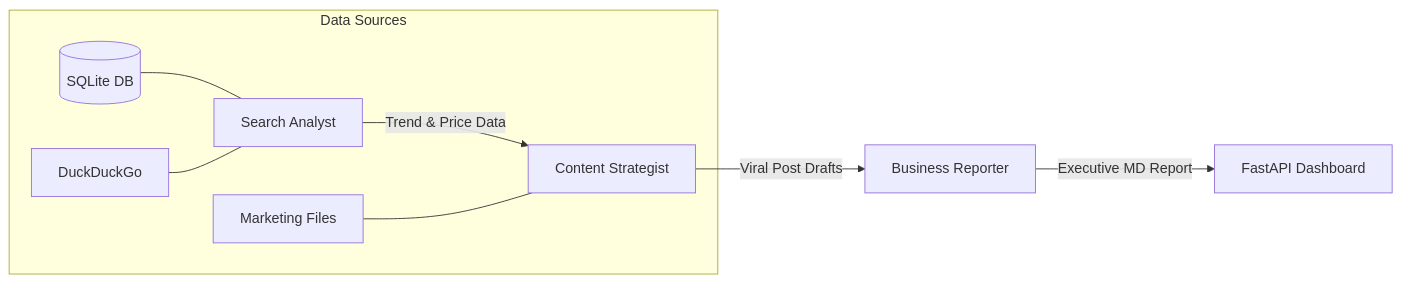
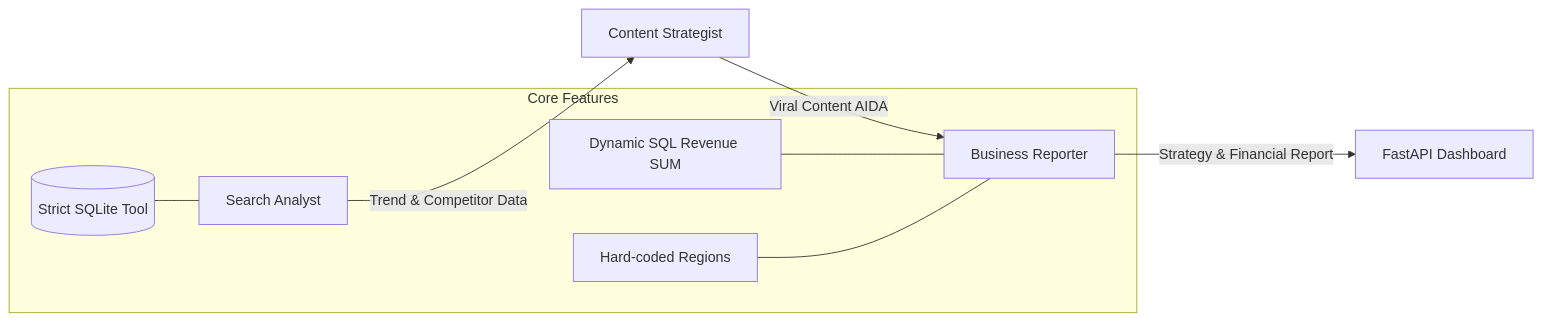
One commit to NgocTanHoang/AI-Agent-System-for-Marketing-and-Reporting-Automation changed the diagram in README.md. Above: the diagram before and after it, drawn with Mermaid. The commit also changed other lines of this file and 4 other files, not shown here.

````diff
--- a/README.md
+++ b/README.md
@@ -16,12 +37,12 @@
 ```mermaid
 graph LR
-    A[Search Analyst] -->|Trend & Price Data| B[Content Strategist]
-    B -->|Viral Post Drafts| C[Business Reporter]
-    C -->|Executive MD Report| D[FastAPI Dashboard]
+    A[Search Analyst] -->|Trend & Competitor Data| B[Content Strategist]
+    B -->|Viral Content AIDA| C[Business Reporter]
+    C -->|Strategy & Financial Report| D[FastAPI Dashboard]
     
-    subgraph Data Sources
-        E[(SQLite DB)] --- A
-        F[DuckDuckGo] --- A
-        G[Marketing Files] --- B
+    subgraph Core Features
+        E[(Strict SQLite Tool)] --- A
+        F[Dynamic SQL Revenue SUM] --- C
+        G[Hard-coded Regions] --- C
     end
 ```
````
